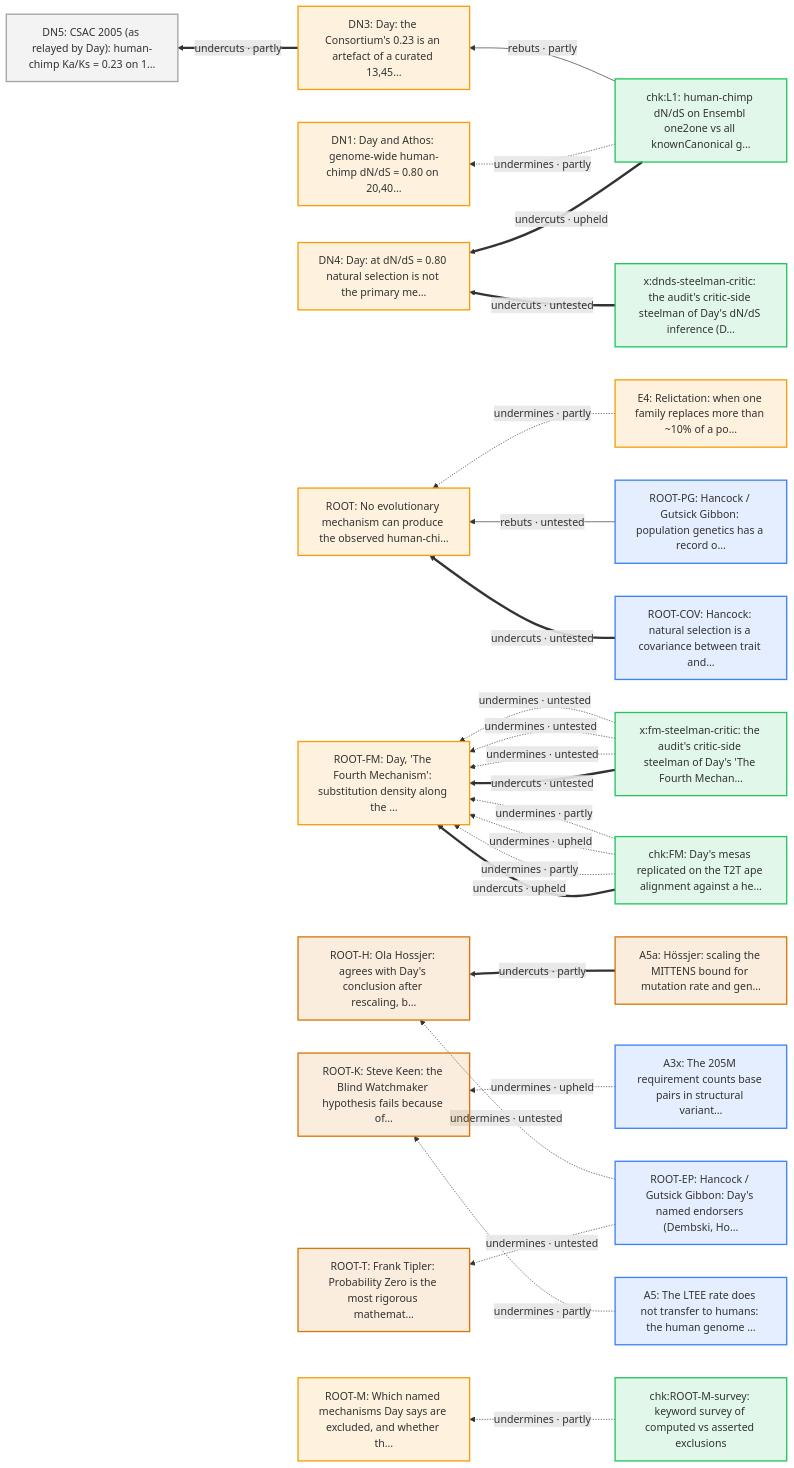
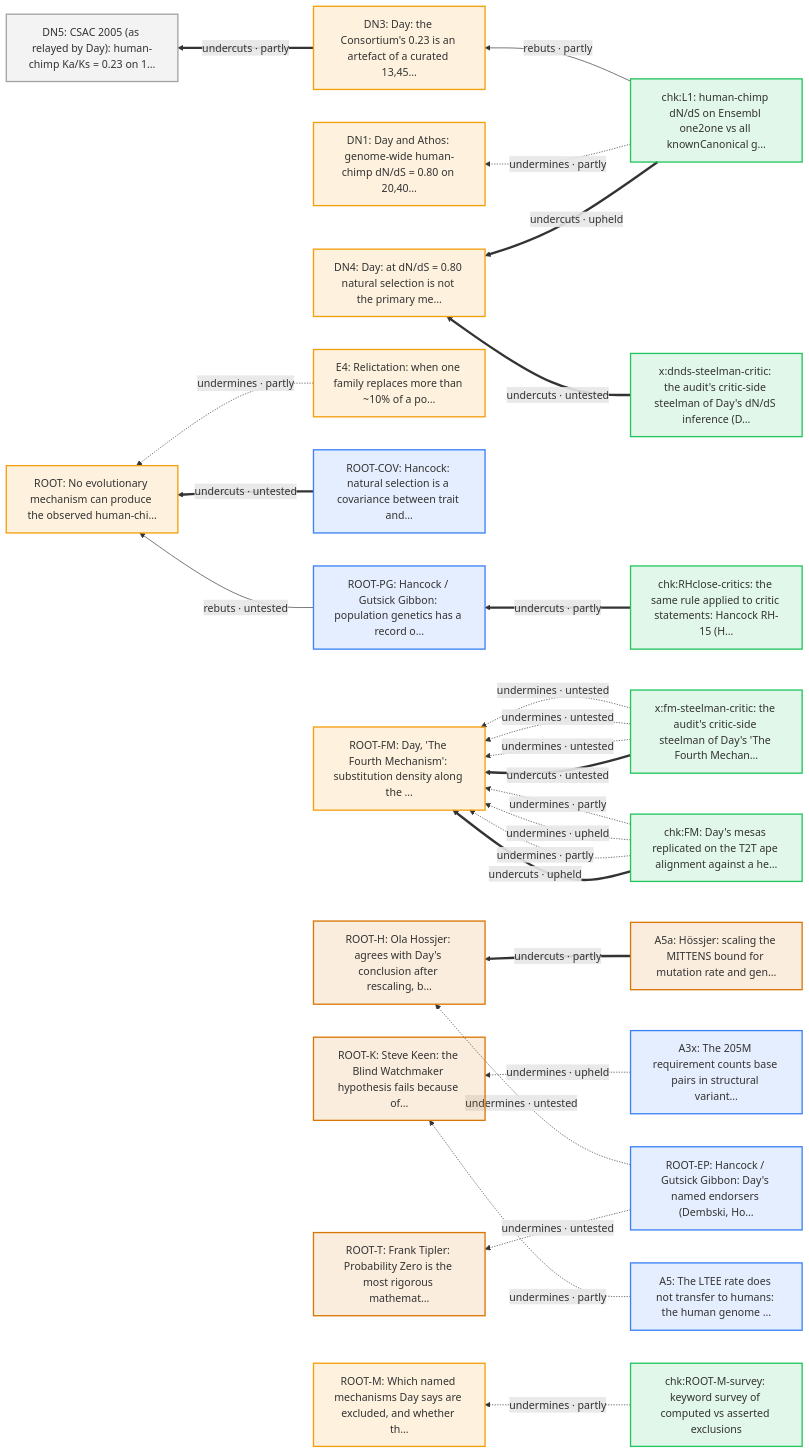
Before and after one commit to nickallevato/evo-sim: diagram 17 of 21 in docs/arguments/defeaters.md, drawn with Mermaid. The commit also changed other lines of this file and 7 other files, not shown here.

````diff
--- a/docs/arguments/defeaters.md
+++ b/docs/arguments/defeaters.md
@@ -854,52 +885,54 @@
 ```mermaid
 flowchart RL
   classDef day fill:#f59e0b22,stroke:#f59e0b,stroke-width:2px
   classDef ally fill:#d9770622,stroke:#d97706,stroke-width:2px
   classDef critic fill:#3b82f622,stroke:#3b82f6,stroke-width:2px
   classDef literature fill:#a3a3a322,stroke:#a3a3a3,stroke-width:2px
   classDef audit fill:#22c55e22,stroke:#22c55e,stroke-width:2px
   A3x["A3x: The 205M requirement counts base pairs in structural variant…"]:::critic
   A5["A5: The LTEE rate does not transfer to humans: the human genome …"]:::critic
   A5a["A5a: Hössjer: scaling the MITTENS bound for mutation rate and gen…"]:::ally
   DN1["DN1: Day and Athos: genome-wide human-chimp dN/dS = 0.80 on 20,40…"]:::day
   DN3["DN3: Day: the Consortium's 0.23 is an artefact of a curated 13,45…"]:::day
   DN4["DN4: Day: at dN/dS = 0.80 natural selection is not the primary me…"]:::day
   DN5["DN5: CSAC 2005 (as relayed by Day): human-chimp Ka/Ks = 0.23 on 1…"]:::literature
   E4["E4: Relictation: when one family replaces more than ~10% of a po…"]:::day
   ROOT["ROOT: No evolutionary mechanism can produce the observed human-chi…"]:::day
   ROOT_COV["ROOT-COV: Hancock: natural selection is a covariance between trait and…"]:::critic
   ROOT_EP["ROOT-EP: Hancock / Gutsick Gibbon: Day's named endorsers (Dembski, Ho…"]:::critic
   ROOT_FM["ROOT-FM: Day, 'The Fourth Mechanism': substitution density along the …"]:::day
   ROOT_H["ROOT-H: Ola Hossjer: agrees with Day's conclusion after rescaling, b…"]:::ally
   ROOT_K["ROOT-K: Steve Keen: the Blind Watchmaker hypothesis fails because of…"]:::ally
   ROOT_M["ROOT-M: Which named mechanisms Day says are excluded, and whether th…"]:::day
   ROOT_PG["ROOT-PG: Hancock / Gutsick Gibbon: population genetics has a record o…"]:::critic
   ROOT_T["ROOT-T: Frank Tipler: Probability Zero is the most rigorous mathemat…"]:::ally
   chk_FM["chk:FM: Day's mesas replicated on the T2T ape alignment against a he…"]:::audit
   chk_L1["chk:L1: human-chimp dN/dS on Ensembl one2one vs all knownCanonical g…"]:::audit
+  chk_RHclose_critics["chk:RHclose-critics: the same rule applied to critic statements: Hancock RH-15 (H…"]:::audit
   chk_ROOT_M_survey["chk:ROOT-M-survey: keyword survey of computed vs asserted exclusions"]:::audit
   x_dnds_steelman_critic["x:dnds-steelman-critic: the audit's critic-side steelman of Day's dN/dS inference (D…"]:::audit
   x_fm_steelman_critic["x:fm-steelman-critic: the audit's critic-side steelman of Day's 'The Fourth Mechan…"]:::audit
   E4 -.->|"undermines · partly"| ROOT
   ROOT_PG -->|"rebuts · untested"| ROOT
   ROOT_COV ==>|"undercuts · untested"| ROOT
   chk_L1 -->|"rebuts · partly"| DN3
   DN3 ==>|"undercuts · partly"| DN5
   x_fm_steelman_critic -.->|"undermines · untested"| ROOT_FM
   x_fm_steelman_critic -.->|"undermines · untested"| ROOT_FM
   x_fm_steelman_critic -.->|"undermines · untested"| ROOT_FM
   x_fm_steelman_critic ==>|"undercuts · untested"| ROOT_FM
   chk_FM -.->|"undermines · partly"| ROOT_FM
   chk_FM -.->|"undermines · upheld"| ROOT_FM
   chk_FM -.->|"undermines · partly"| ROOT_FM
   chk_FM ==>|"undercuts · upheld"| ROOT_FM
   ROOT_EP -.->|"undermines · untested"| ROOT_H
   A5a ==>|"undercuts · partly"| ROOT_H
   A3x -.->|"undermines · upheld"| ROOT_K
   A5 -.->|"undermines · partly"| ROOT_K
   chk_ROOT_M_survey -.->|"undermines · partly"| ROOT_M
+  chk_RHclose_critics ==>|"undercuts · partly"| ROOT_PG
   ROOT_EP -.->|"undermines · untested"| ROOT_T
   chk_L1 -.->|"undermines · partly"| DN1
   x_dnds_steelman_critic ==>|"undercuts · untested"| DN4
   chk_L1 ==>|"undercuts · upheld"| DN4
 ```
````
